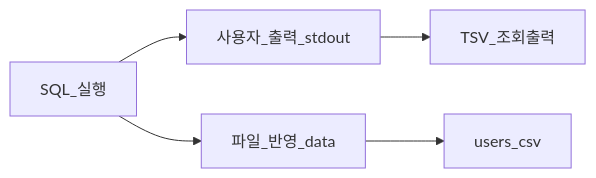
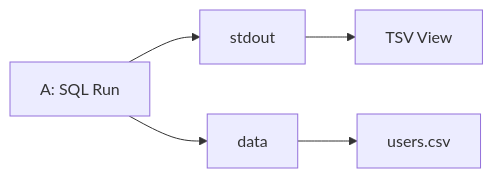
Diagram 11 of 12 in README.md (tail1887/sql_parsor), drawn with Mermaid before and after one commit. The commit also changed other lines of this file, not shown here.

````diff
--- a/README.md
+++ b/README.md
@@ -190,7 +156,7 @@
 ```mermaid
 flowchart LR
-    aRun["SQL_실행"] --> aUser["사용자_출력_stdout"]
-    aRun --> aData["파일_반영_data"]
-    aUser --> aTsv["TSV_조회출력"]
-    aData --> aCsv["users_csv"]
+    aRun["A: SQL Run"] --> aUser["stdout"]
+    aRun --> aData["data"]
+    aUser --> aTsv["TSV View"]
+    aData --> aCsv["users.csv"]
 ```
````
